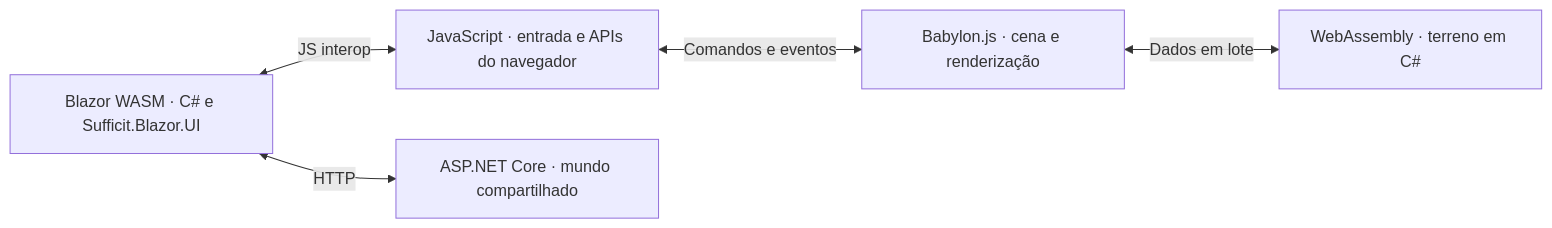
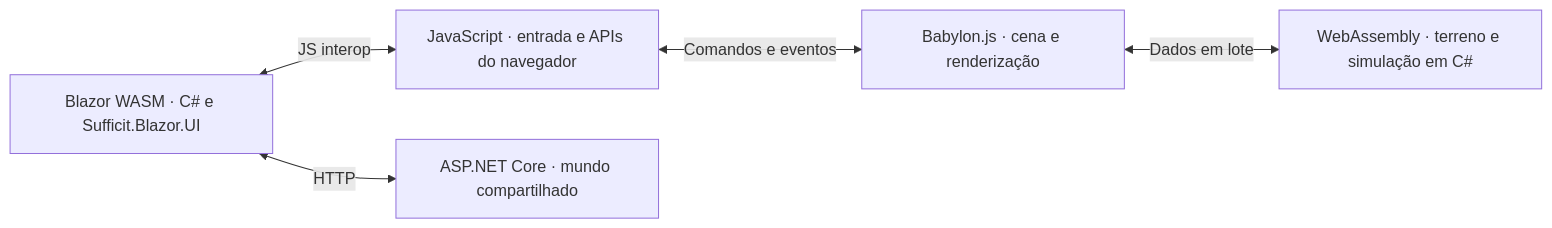
One commit to sufficit/sufficit-game-ultima changed the diagram in ARCHITECTURE.md. Above: the diagram before and after it, drawn with Mermaid. The commit also changed other lines of this file and 11 other files, not shown here.

````diff
--- a/ARCHITECTURE.md
+++ b/ARCHITECTURE.md
@@ -9,12 +9,12 @@
 ```mermaid
 flowchart LR
     UI["Blazor WASM · C# e Sufficit.Blazor.UI"]
     DOM["JavaScript · entrada e APIs do navegador"]
     Scene["Babylon.js · cena e renderização"]
-    Terrain["WebAssembly · terreno em C#"]
+    Terrain["WebAssembly · terreno e simulação em C#"]
     API["ASP.NET Core · mundo compartilhado"]
     UI <-->|JS interop| DOM
     DOM <-->|Comandos e eventos| Scene
     Scene <-->|Dados em lote| Terrain
     UI <-->|HTTP| API
 ```
````
